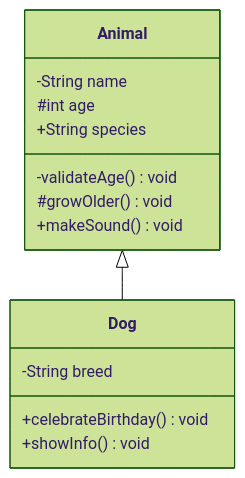
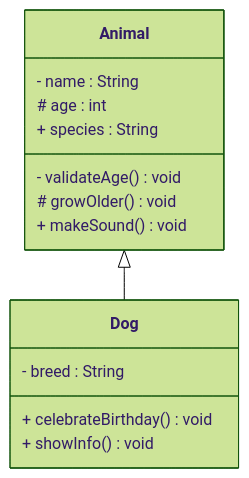
Before and after one commit to TroelsMortensen/Codelabs2: the first of 2 diagrams in Articles/Session 13 - Inheritance/008 Protected UML.md, drawn with Mermaid (forest theme). The commit also changed other lines of this file and 10 other files, not shown here.

````diff
--- a/Articles/Session 13 - Inheritance/008 Protected UML.md
+++ b/Articles/Session 13 - Inheritance/008 Protected UML.md
@@ -16,19 +18,19 @@
 ```mermaid
 classDiagram
     class Animal {
-        -String name
-        #int age
-        +String species
-        -validateAge() void
-        #growOlder() void
-        +makeSound() void
+        - name : String
+        # age : int
+        + species : String
+        - validateAge() void
+        # growOlder() void
+        + makeSound() void
     }
     
     class Dog {
-        -String breed
-        +celebrateBirthday() void
-        +showInfo() void
+        - breed : String
+        + celebrateBirthday() void
+        + showInfo() void
     }
     
     Animal <|-- Dog
 ```
````
